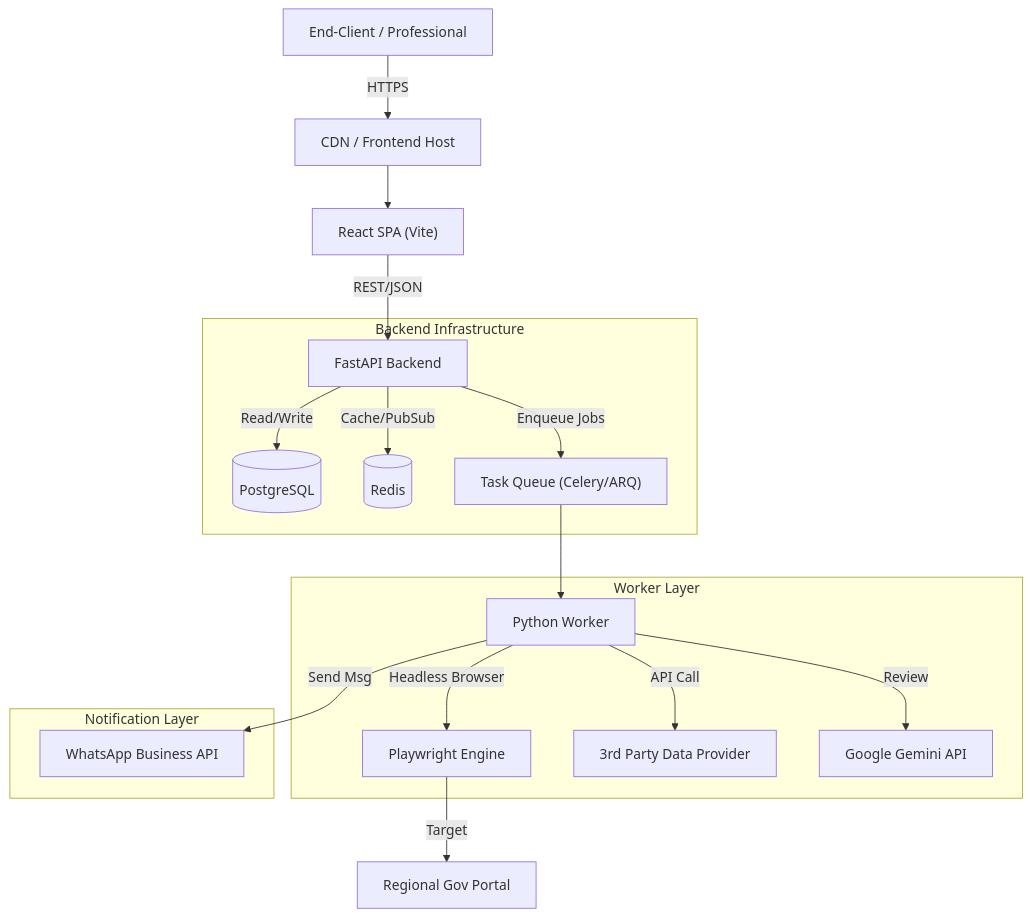
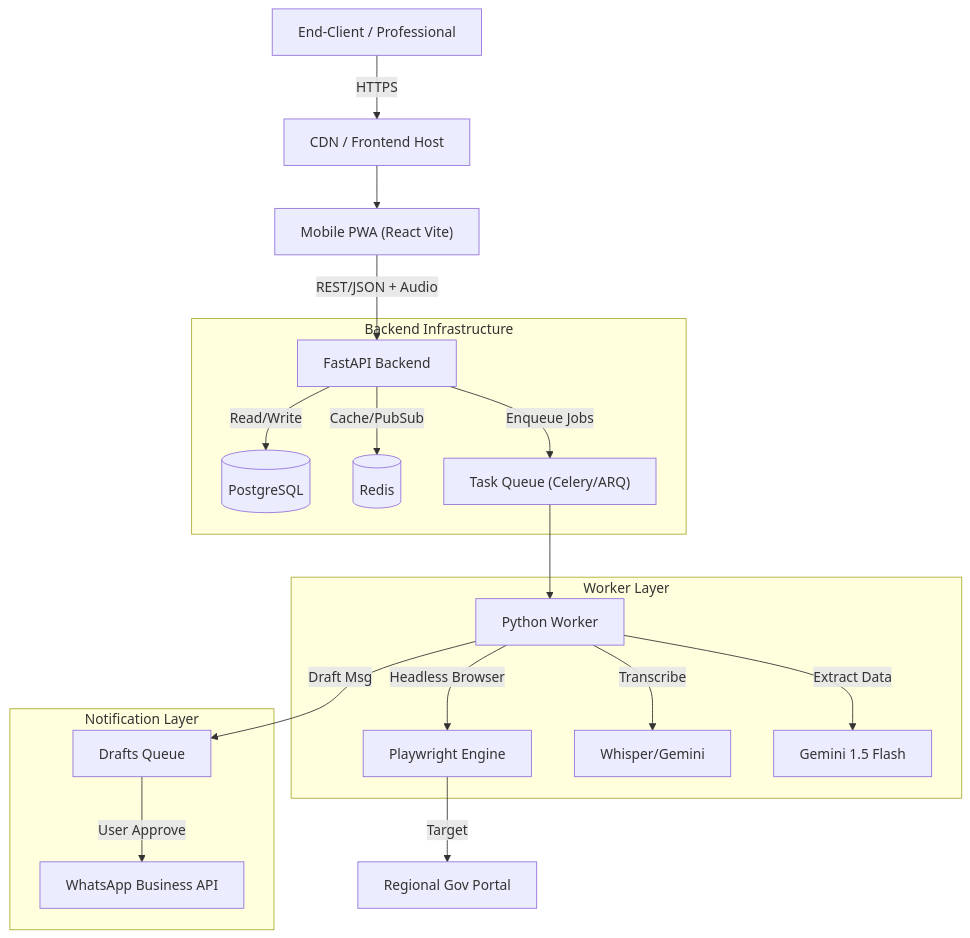
One commit to mrsutharsuresh/Saas_Dashboard changed the diagram in docs/ARCHITECTURE.md. Above: the diagram before and after it, drawn with Mermaid. The commit also changed other lines of this file and 8 other files, not shown here.

````diff
--- a/docs/ARCHITECTURE.md
+++ b/docs/ARCHITECTURE.md
@@ -8,26 +8,27 @@
 ```mermaid
 graph TD
     Client["End-Client / Professional"] -->|HTTPS| CDN["CDN / Frontend Host"]
-    CDN --> ReactApp["React SPA (Vite)"]
+    CDN --> ReactApp["Mobile PWA (React Vite)"]
     
-    ReactApp -->|REST/JSON| API["FastAPI Backend"]
+    ReactApp -->|REST/JSON + Audio| API["FastAPI Backend"]
     
     subgraph "Backend Infrastructure"
         API -->|Read/Write| DB[("PostgreSQL")]
         API -->|Cache/PubSub| Redis[("Redis")]
         API -->|Enqueue Jobs| Queue["Task Queue (Celery/ARQ)"]
     end
     
     subgraph "Worker Layer"
         Queue --> Worker["Python Worker"]
         Worker -->|Headless Browser| Scraper["Playwright Engine"]
-        Worker -->|API Call| ExtData["3rd Party Data Provider"]
-        Worker -->|Review| AI["Google Gemini API"]
+        Worker -->|Transcribe| Whisper["Whisper/Gemini"]
+        Worker -->|Extract Data| LLM["Gemini 1.5 Flash"]
     end
     
     subgraph "Notification Layer"
-        Worker -->|Send Msg| WhatsApp["WhatsApp Business API"]
+        Worker -->|Draft Msg| Drafts["Drafts Queue"]
+        Drafts -->|User Approve| WhatsApp["WhatsApp Business API"]
     end
     
     Scraper -->|Target| GovPortal["Regional Gov Portal"]
 ```
````
